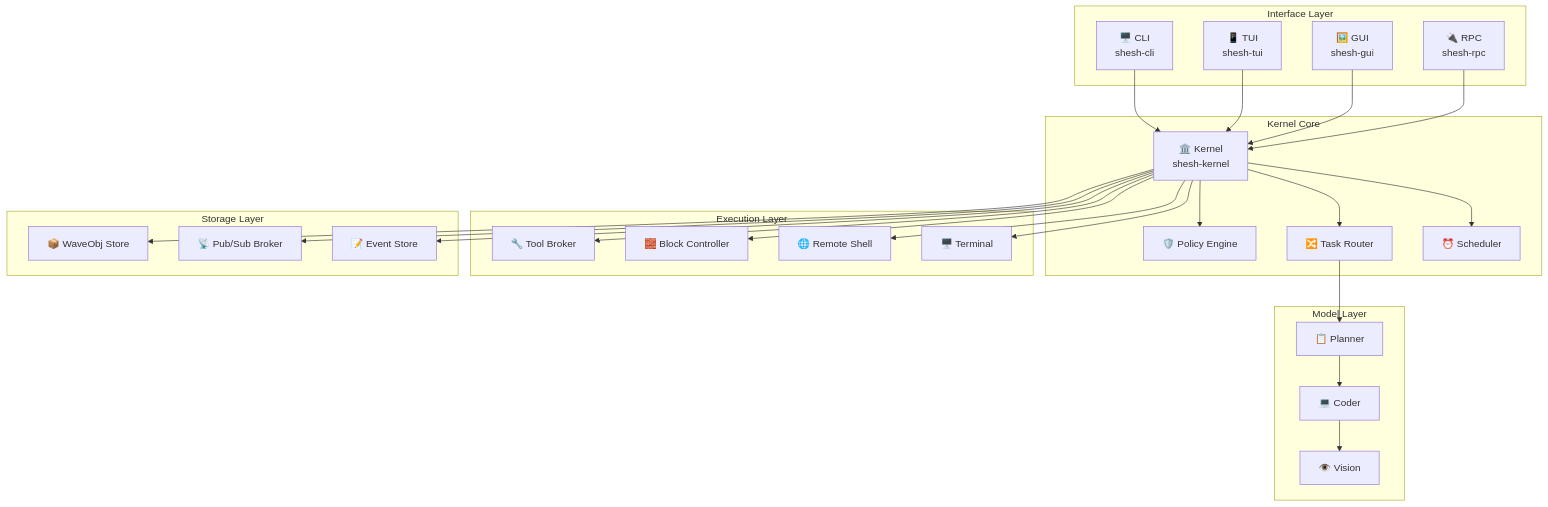
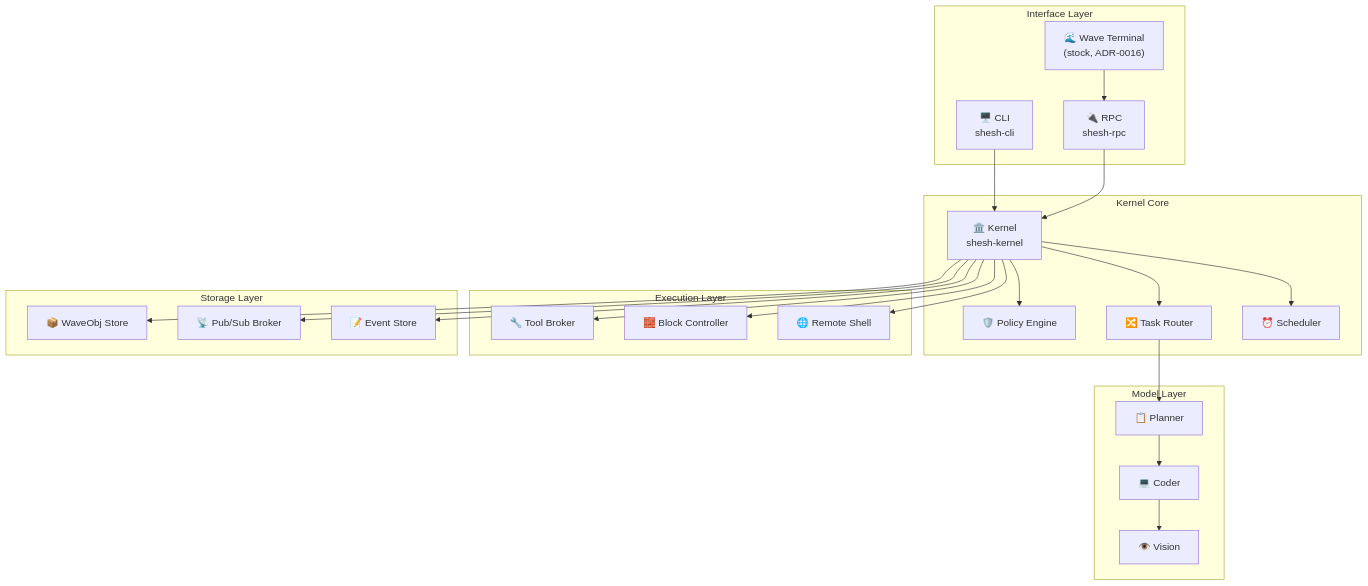
Before and after one commit to gaganjainse/SheshAOS: the first of 5 diagrams in README.md, drawn with Mermaid. The commit also changed other lines of this file and 83 other files, not shown here.

````diff
--- a/README.md
+++ b/README.md
@@ -68,57 +68,53 @@
 ```mermaid
 graph TB
     subgraph "Interface Layer"
         CLI["🖥️ CLI<br/>shesh-cli"]
-        TUI["📱 TUI<br/>shesh-tui"]
-        GUI["🖼️ GUI<br/>shesh-gui"]
+        WAVE["🌊 Wave Terminal<br/>(stock, ADR-0016)"]
         RPC["🔌 RPC<br/>shesh-rpc"]
     end
 
     subgraph "Kernel Core"
         K["🏛️ Kernel<br/>shesh-kernel"]
         P["🛡️ Policy Engine"]
         R["🔀 Task Router"]
         S["⏰ Scheduler"]
     end
 
     subgraph "Model Layer"
         PL["📋 Planner"]
         CO["💻 Coder"]
         VI["👁️ Vision"]
     end
 
     subgraph "Execution Layer"
         T["🔧 Tool Broker"]
         B["🧱 Block Controller"]
         RM["🌐 Remote Shell"]
-        TE["🖥️ Terminal"]
     end
 
     subgraph "Storage Layer"
         WO["📦 WaveObj Store"]
         WP["📡 Pub/Sub Broker"]
         ES["📝 Event Store"]
     end
 
     CLI --> K
-    TUI --> K
-    GUI --> K
+    WAVE --> RPC
     RPC --> K
 
     K --> P
     K --> R
     K --> S
 
     R --> PL
     PL --> CO
     CO --> VI
 
     K --> T
     K --> B
     K --> RM
-    K --> TE
 
     K --> WO
     K --> WP
     K --> ES
 ```
````
